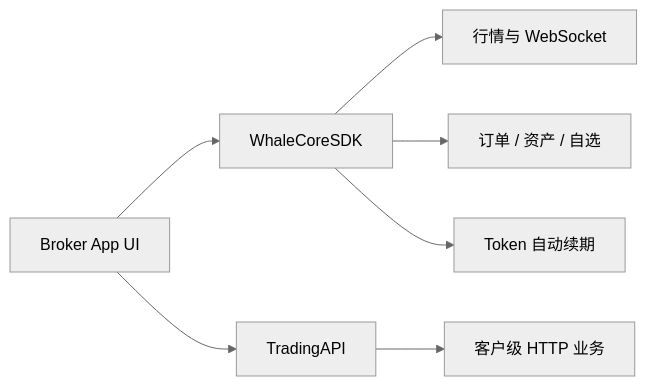
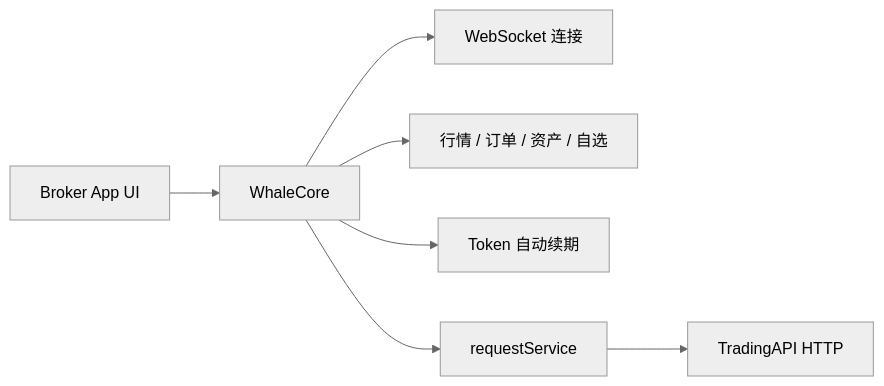
Before and after one commit to longbridge/whale-docs: the diagram in docs/zh-CN/whalesdk/whalecore/overview.mdx, drawn with Mermaid (neutral theme). The commit also changed other lines of this file and 58 other files, not shown here.

First line of the commit message:
docs: clarify TradingAPI runs through WhaleCore, rename WhaleCoreSDK to WhaleCore, and sync SDK/TradingAPI updates (#70)

````diff
--- a/docs/zh-CN/whalesdk/whalecore/overview.mdx
+++ b/docs/zh-CN/whalesdk/whalecore/overview.mdx
@@ -36,9 +37,9 @@
 ```mermaid
 flowchart LR
-    A[Broker App UI] --> B[WhaleCoreSDK]
-    B --> C[行情与 WebSocket]
-    B --> D[订单 / 资产 / 自选]
+    A[Broker App UI] --> B[WhaleCore]
+    B --> C[WebSocket 连接]
+    B --> D[行情 / 订单 / 资产 / 自选]
     B --> E[Token 自动续期]
-    A --> F[TradingAPI]
-    F --> G[客户级 HTTP 业务]
+    B --> F[requestService]
+    F --> G[TradingAPI HTTP]
 ```
````
